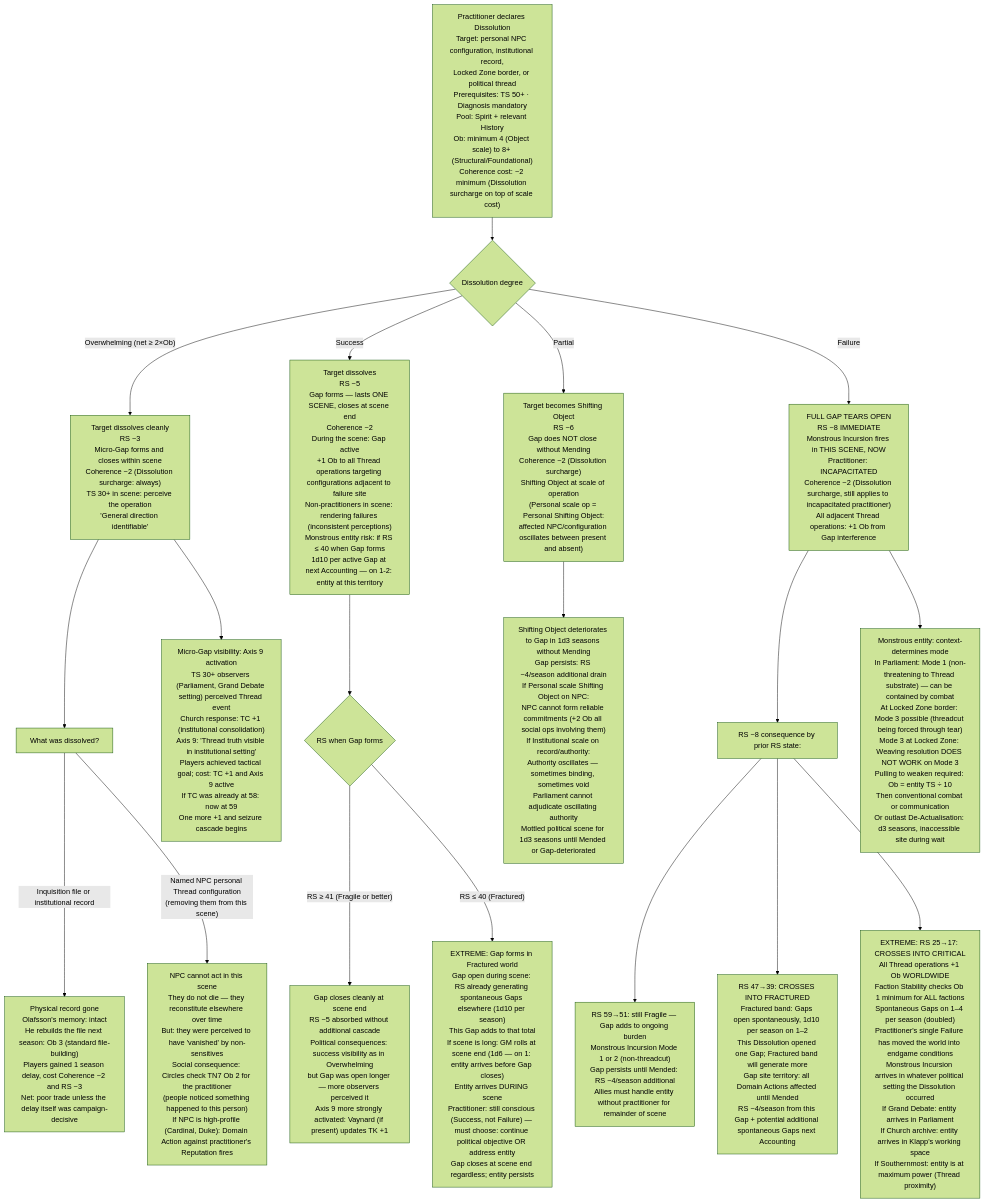
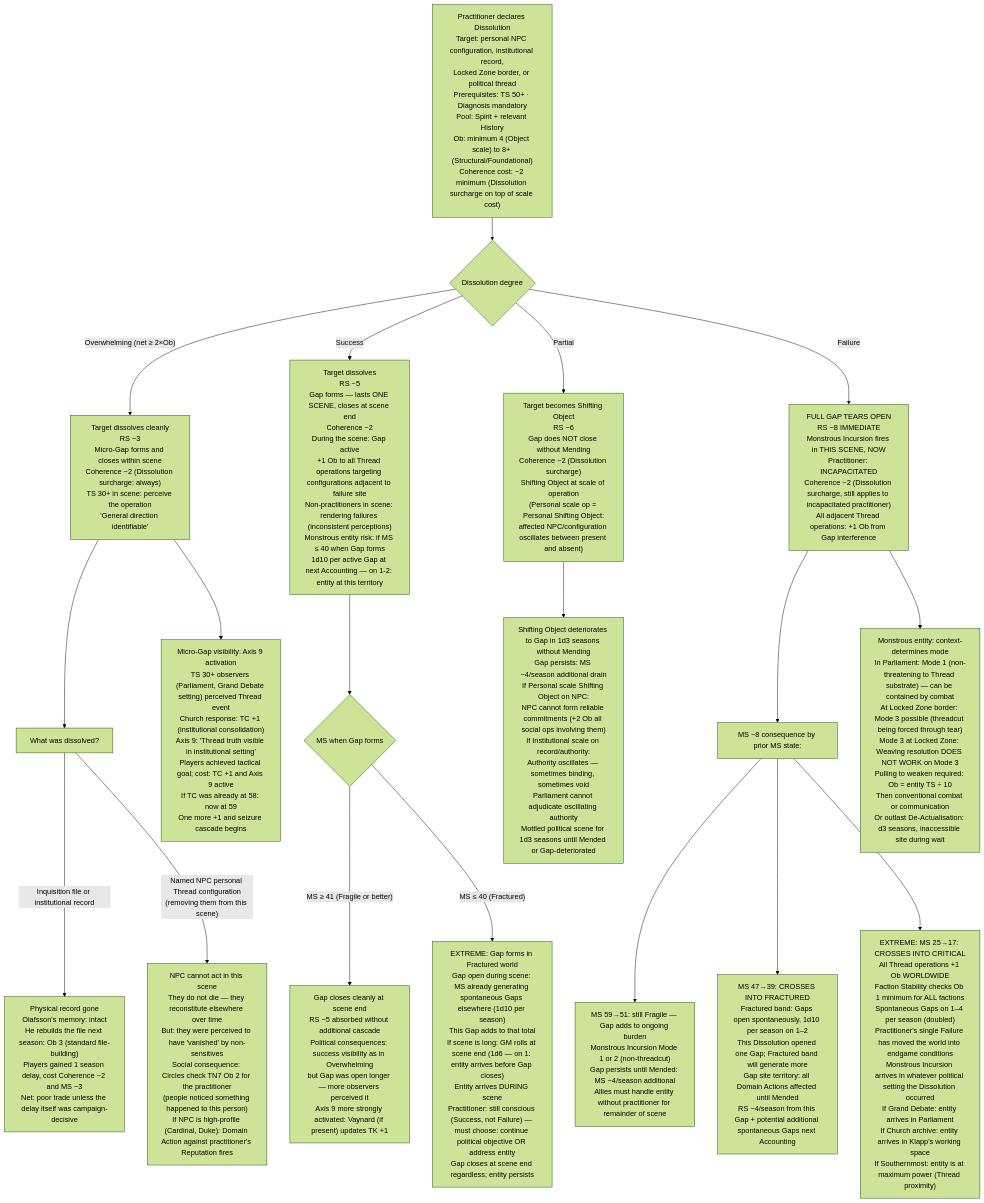
The fourth of 4 diagrams in designs/arcs/arcs_24_27.md (jordanelias/ttrpg), drawn with Mermaid (forest theme) before and after one commit. The commit also changed other lines of this file and 40 other files, not shown here.

````diff
--- a/designs/arcs/arcs_24_27.md
+++ b/designs/arcs/arcs_24_27.md
@@ -250,25 +250,25 @@
 ```mermaid
 flowchart TD
     A["Practitioner declares Dissolution\nTarget: personal NPC configuration, institutional record,\nLocked Zone border, or political thread\nPrerequisites: TS 50+ · Diagnosis mandatory\nPool: Spirit + relevant History\nOb: minimum 4 (Object scale) to 8+ (Structural/Foundational)\nCoherence cost: −2 minimum (Dissolution surcharge on top of scale cost)"] --> B{Dissolution degree}
     
     B -->|"Overwhelming (net ≥ 2×Ob)"| C["Target dissolves cleanly\nRS −3\nMicro-Gap forms and closes within scene\nCoherence −2 (Dissolution surcharge: always)\nTS 30+ in scene: perceive the operation\n'General direction identifiable'"]
     C --> D["What was dissolved?"]
-    D -->|"Inquisition file or institutional record"| E["Physical record gone\nOlafsson's memory: intact\nHe rebuilds the file next season: Ob 3 (standard file-building)\nPlayers gained 1 season delay, cost Coherence −2 and RS −3\nNet: poor trade unless the delay itself was campaign-decisive"]
+    D -->|"Inquisition file or institutional record"| E["Physical record gone\nOlafsson's memory: intact\nHe rebuilds the file next season: Ob 3 (standard file-building)\nPlayers gained 1 season delay, cost Coherence −2 and MS −3\nNet: poor trade unless the delay itself was campaign-decisive"]
     D -->|"Named NPC personal Thread configuration\n(removing them from this scene)"| F["NPC cannot act in this scene\nThey do not die — they reconstitute elsewhere over time\nBut: they were perceived to have 'vanished' by non-sensitives\nSocial consequence: Circles check TN7 Ob 2 for the practitioner\n(people noticed something happened to this person)\nIf NPC is high-profile (Cardinal, Duke): Domain Action against practitioner's Reputation fires"]
     C --> G["Micro-Gap visibility: Axis 9 activation\nTS 30+ observers (Parliament, Grand Debate setting) perceived Thread event\nChurch response: TC +1 (institutional consolidation)\nAxis 9: 'Thread truth visible in institutional setting'\nPlayers achieved tactical goal; cost: TC +1 and Axis 9 active\nIf TC was already at 58: now at 59\nOne more +1 and seizure cascade begins"]
     
-    B -->|"Success"| H["Target dissolves\nRS −5\nGap forms — lasts ONE SCENE, closes at scene end\nCoherence −2\nDuring the scene: Gap active\n+1 Ob to all Thread operations targeting configurations adjacent to failure site\nNon-practitioners in scene: rendering failures (inconsistent perceptions)\nMonstrous entity risk: if RS ≤ 40 when Gap forms\n1d10 per active Gap at next Accounting — on 1-2: entity at this territory"]
-    H --> I{RS when Gap forms}
-    I -->|"RS ≥ 41 (Fragile or better)"| J["Gap closes cleanly at scene end\nRS −5 absorbed without additional cascade\nPolitical consequences: success visibility as in Overwhelming\nbut Gap was open longer — more observers perceived it\nAxis 9 more strongly activated: Vaynard (if present) updates TK +1"]
-    I -->|"RS ≤ 40 (Fractured)"| K["EXTREME: Gap forms in Fractured world\nGap open during scene: RS already generating spontaneous Gaps elsewhere (1d10 per season)\nThis Gap adds to that total\nIf scene is long: GM rolls at scene end (1d6 — on 1: entity arrives before Gap closes)\nEntity arrives DURING scene\nPractitioner: still conscious (Success, not Failure) — must choose: continue political objective OR address entity\nGap closes at scene end regardless; entity persists"]
+    B -->|"Success"| H["Target dissolves\nRS −5\nGap forms — lasts ONE SCENE, closes at scene end\nCoherence −2\nDuring the scene: Gap active\n+1 Ob to all Thread operations targeting configurations adjacent to failure site\nNon-practitioners in scene: rendering failures (inconsistent perceptions)\nMonstrous entity risk: if MS ≤ 40 when Gap forms\n1d10 per active Gap at next Accounting — on 1-2: entity at this territory"]
+    H --> I{MS when Gap forms}
+    I -->|"MS ≥ 41 (Fragile or better)"| J["Gap closes cleanly at scene end\nRS −5 absorbed without additional cascade\nPolitical consequences: success visibility as in Overwhelming\nbut Gap was open longer — more observers perceived it\nAxis 9 more strongly activated: Vaynard (if present) updates TK +1"]
+    I -->|"MS ≤ 40 (Fractured)"| K["EXTREME: Gap forms in Fractured world\nGap open during scene: MS already generating spontaneous Gaps elsewhere (1d10 per season)\nThis Gap adds to that total\nIf scene is long: GM rolls at scene end (1d6 — on 1: entity arrives before Gap closes)\nEntity arrives DURING scene\nPractitioner: still conscious (Success, not Failure) — must choose: continue political objective OR address entity\nGap closes at scene end regardless; entity persists"]
     
     B -->|"Partial"| L["Target becomes Shifting Object\nRS −6\nGap does NOT close without Mending\nCoherence −2 (Dissolution surcharge)\nShifting Object at scale of operation\n(Personal scale op = Personal Shifting Object:\naffected NPC/configuration oscillates between present and absent)"]
-    L --> M["Shifting Object deteriorates to Gap in 1d3 seasons without Mending\nGap persists: RS −4/season additional drain\nIf Personal scale Shifting Object on NPC:\nNPC cannot form reliable commitments (+2 Ob all social ops involving them)\nIf Institutional scale on record/authority:\nAuthority oscillates — sometimes binding, sometimes void\nParliament cannot adjudicate oscillating authority\nMottled political scene for 1d3 seasons until Mended or Gap-deteriorated"]
+    L --> M["Shifting Object deteriorates to Gap in 1d3 seasons without Mending\nGap persists: MS −4/season additional drain\nIf Personal scale Shifting Object on NPC:\nNPC cannot form reliable commitments (+2 Ob all social ops involving them)\nIf Institutional scale on record/authority:\nAuthority oscillates — sometimes binding, sometimes void\nParliament cannot adjudicate oscillating authority\nMottled political scene for 1d3 seasons until Mended or Gap-deteriorated"]
     
     B -->|"Failure"| N["FULL GAP TEARS OPEN\nRS −8 IMMEDIATE\nMonstrous Incursion fires in THIS SCENE, NOW\nPractitioner: INCAPACITATED\nCoherence −2 (Dissolution surcharge, still applies to incapacitated practitioner)\nAll adjacent Thread operations: +1 Ob from Gap interference"]
-    N --> O["RS −8 consequence by prior RS state:"]
-    O --> O1["RS 59→51: still Fragile — Gap adds to ongoing burden\nMonstrous Incursion Mode 1 or 2 (non-threadcut)\nGap persists until Mended: RS −4/season additional\nAllies must handle entity without practitioner for remainder of scene"]
-    O --> O2["RS 47→39: CROSSES INTO FRACTURED\nFractured band: Gaps open spontaneously, 1d10 per season on 1–2\nThis Dissolution opened one Gap; Fractured band will generate more\nGap site territory: all Domain Actions affected until Mended\nRS −4/season from this Gap + potential additional spontaneous Gaps next Accounting"]
-    O --> O3["EXTREME: RS 25→17: CROSSES INTO CRITICAL\nAll Thread operations +1 Ob WORLDWIDE\nFaction Stability checks Ob 1 minimum for ALL factions\nSpontaneous Gaps on 1–4 per season (doubled)\nPractitioner's single Failure has moved the world into endgame conditions\nMonstrous Incursion arrives in whatever political setting the Dissolution occurred\nIf Grand Debate: entity arrives in Parliament\nIf Church archive: entity arrives in Klapp's working space\nIf Southernmost: entity is at maximum power (Thread proximity)"]
+    N --> O["MS −8 consequence by prior MS state:"]
+    O --> O1["MS 59→51: still Fragile — Gap adds to ongoing burden\nMonstrous Incursion Mode 1 or 2 (non-threadcut)\nGap persists until Mended: MS −4/season additional\nAllies must handle entity without practitioner for remainder of scene"]
+    O --> O2["MS 47→39: CROSSES INTO FRACTURED\nFractured band: Gaps open spontaneously, 1d10 per season on 1–2\nThis Dissolution opened one Gap; Fractured band will generate more\nGap site territory: all Domain Actions affected until Mended\nRS −4/season from this Gap + potential additional spontaneous Gaps next Accounting"]
+    O --> O3["EXTREME: MS 25→17: CROSSES INTO CRITICAL\nAll Thread operations +1 Ob WORLDWIDE\nFaction Stability checks Ob 1 minimum for ALL factions\nSpontaneous Gaps on 1–4 per season (doubled)\nPractitioner's single Failure has moved the world into endgame conditions\nMonstrous Incursion arrives in whatever political setting the Dissolution occurred\nIf Grand Debate: entity arrives in Parliament\nIf Church archive: entity arrives in Klapp's working space\nIf Southernmost: entity is at maximum power (Thread proximity)"]
     N --> P["Monstrous entity: context-determines mode\nIn Parliament: Mode 1 (non-threatening to Thread substrate) — can be contained by combat\nAt Locked Zone border: Mode 3 possible (threadcut being forced through tear)\nMode 3 at Locked Zone: Weaving resolution DOES NOT WORK on Mode 3\nPulling to weaken required: Ob = entity TS ÷ 10\nThen conventional combat or communication\nOr outlast De-Actualisation: d3 seasons, inaccessible site during wait"]
 ```
````
